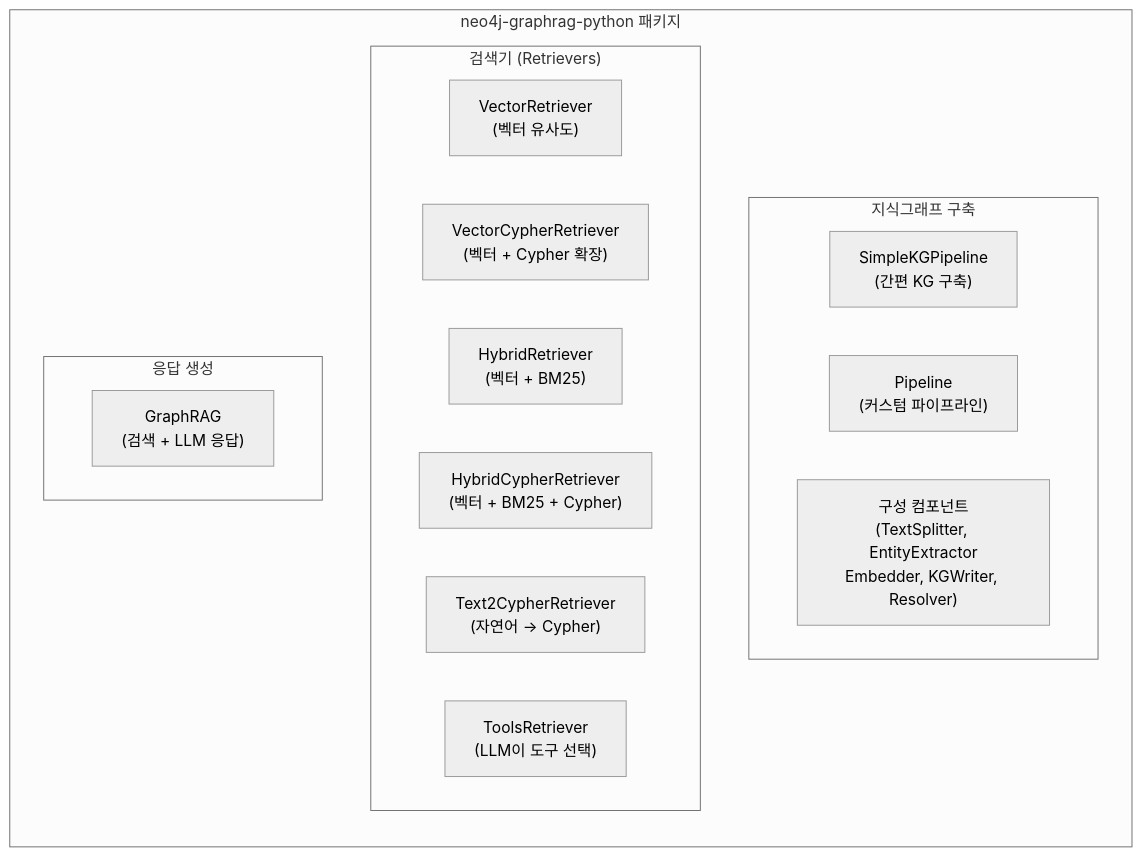
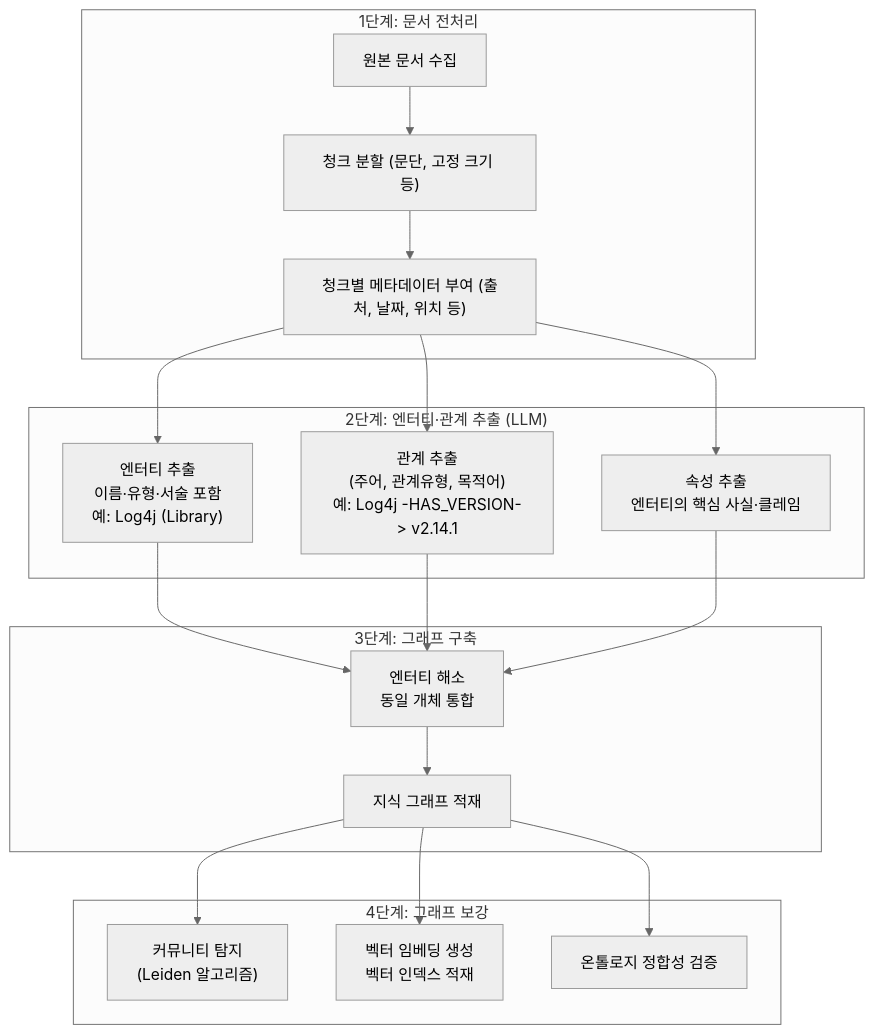
The second of 8 diagrams in _posts/2026-05-11-rag-기술-아키텍처-세미나-‐-(3)-knowledge‐based-graphrag-심화-이해.md (k82022603/k82022603.github.io), drawn with Mermaid (neutral theme) before and after one commit. The commit also changed other lines of this file and 5 other files, not shown here.

````diff
--- a/_posts/2026-05-11-rag-기술-아키텍처-세미나-‐-(3)-knowledge‐based-graphrag-심화-이해.md
+++ b/_posts/2026-05-11-rag-기술-아키텍처-세미나-‐-(3)-knowledge‐based-graphrag-심화-이해.md
@@ -99,23 +104,24 @@
 ```mermaid
-graph LR
-    subgraph neo4j_graphrag["neo4j-graphrag-python 패키지"]
-        subgraph KGBuilder["지식그래프 구축"]
-            SKP["SimpleKGPipeline\n(간편 KG 구축)"]
-            PP["Pipeline\n(커스텀 파이프라인)"]
-            COMP["구성 컴포넌트\n(TextSplitter, EntityExtractor\nEmbedder, KGWriter, Resolver)"]
-        end
+flowchart TB
+    subgraph 전처리["1단계: 문서 전처리"]
+        A[원본 문서 수집] --> B["청크 분할 (문단, 고정 크기 등)"]
+        B --> C["청크별 메타데이터 부여 (출처, 날짜, 위치 등)"]
+    end
 
-        subgraph Retrieval["검색기 (Retrievers)"]
-            VR["VectorRetriever\n(벡터 유사도)"]
-            VCR["VectorCypherRetriever\n(벡터 + Cypher 확장)"]
-            HR["HybridRetriever\n(벡터 + BM25)"]
-            HCR["HybridCypherRetriever\n(벡터 + BM25 + Cypher)"]
-            T2C["Text2CypherRetriever\n(자연어 → Cypher)"]
-            TR["ToolsRetriever\n(LLM이 도구 선택)"]
-        end
+    subgraph 추출["2단계: 엔터티·관계 추출 (LLM)"]
+        C --> D["엔터티 추출\n이름·유형·서술 포함\n예: Log4j (Library)"]
+        C --> E["관계 추출\n(주어, 관계유형, 목적어)\n예: Log4j -HAS_VERSION-> v2.14.1"]
+        C --> F["속성 추출\n엔터티의 핵심 사실·클레임"]
+    end
 
-        subgraph Generation["응답 생성"]
-            GRAG["GraphRAG\n(검색 + LLM 응답)"]
-        end
+    subgraph 구축["3단계: 그래프 구축"]
+        D & E & F --> G["엔터티 해소\n동일 개체 통합"]
+        G --> H[지식 그래프 적재]
+    end
+
+    subgraph 보강["4단계: 그래프 보강"]
+        H --> I1["커뮤니티 탐지\n(Leiden 알고리즘)"]
+        H --> I2["벡터 임베딩 생성\n벡터 인덱스 적재"]
+        H --> I3["온톨로지 정합성 검증"]
     end
 ```
````
